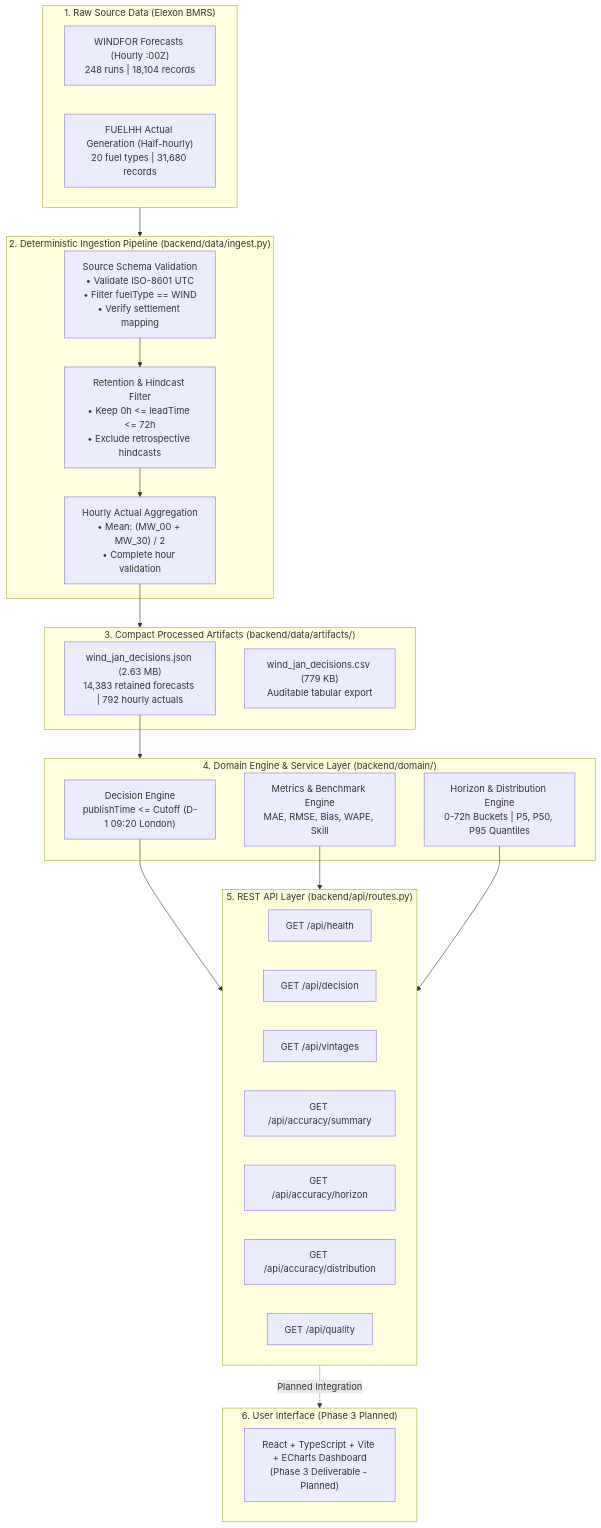
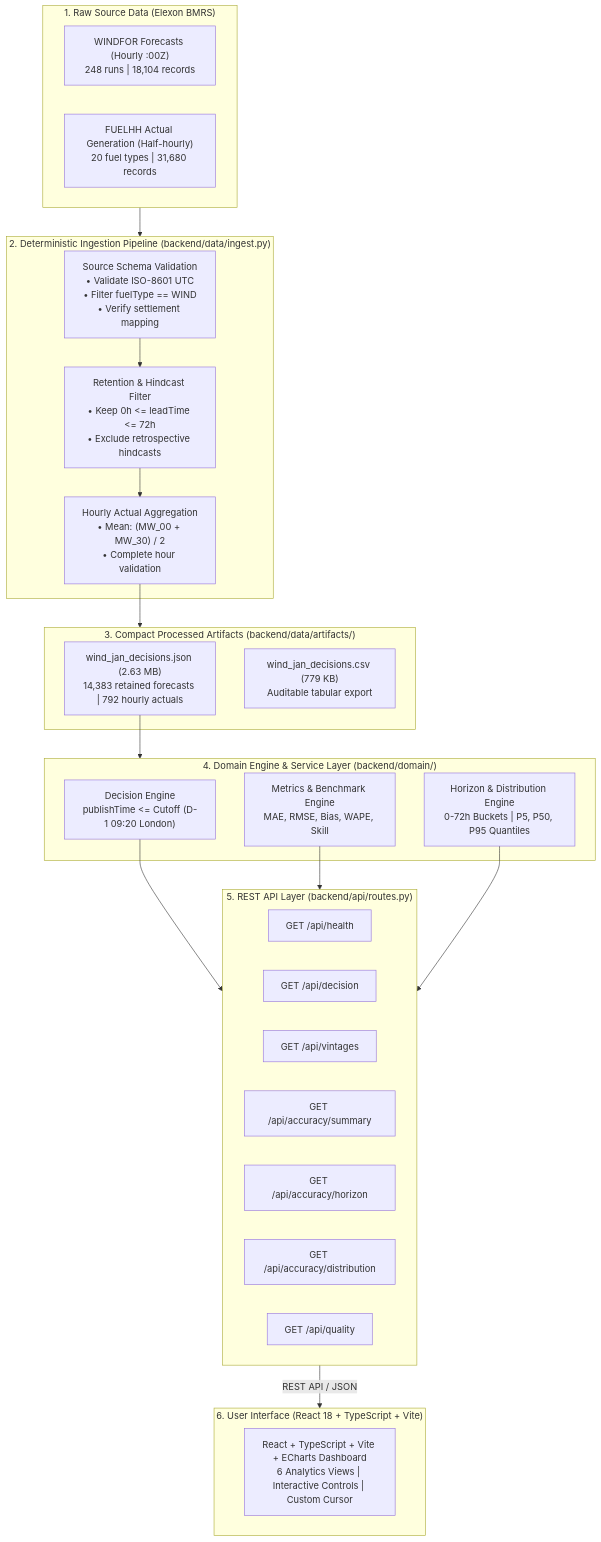
Before and after one commit to afwaansarfaraz/AH0329: the diagram in README.md, drawn with Mermaid. The commit also changed other lines of this file and 11 other files, not shown here.

````diff
--- a/README.md
+++ b/README.md
@@ -92,47 +92,47 @@
 ```mermaid
 flowchart TD
     subgraph S1["1. Raw Source Data (Elexon BMRS)"]
         W["WINDFOR Forecasts (Hourly :00Z)<br/>248 runs | 18,104 records"]
         F["FUELHH Actual Generation (Half-hourly)<br/>20 fuel types | 31,680 records"]
     end
 
     subgraph S2["2. Deterministic Ingestion Pipeline (backend/data/ingest.py)"]
         V["Source Schema Validation<br/>• Validate ISO-8601 UTC<br/>• Filter fuelType == WIND<br/>• Verify settlement mapping"]
         R["Retention & Hindcast Filter<br/>• Keep 0h <= leadTime <= 72h<br/>• Exclude retrospective hindcasts"]
         A["Hourly Actual Aggregation<br/>• Mean: (MW_00 + MW_30) / 2<br/>• Complete hour validation"]
     end
 
     subgraph S3["3. Compact Processed Artifacts (backend/data/artifacts/)"]
         J["wind_jan_decisions.json (2.63 MB)<br/>14,383 retained forecasts | 792 hourly actuals"]
         C["wind_jan_decisions.csv (779 KB)<br/>Auditable tabular export"]
     end
 
     subgraph S4["4. Domain Engine & Service Layer (backend/domain/)"]
         D["Decision Engine<br/>publishTime <= Cutoff (D-1 09:20 London)"]
         M["Metrics & Benchmark Engine<br/>MAE, RMSE, Bias, WAPE, Skill"]
         H["Horizon & Distribution Engine<br/>0-72h Buckets | P5, P50, P95 Quantiles"]
     end
 
     subgraph S5["5. REST API Layer (backend/api/routes.py)"]
         EP1["GET /api/health"]
         EP2["GET /api/decision"]
         EP3["GET /api/vintages"]
         EP4["GET /api/accuracy/summary"]
         EP5["GET /api/accuracy/horizon"]
         EP6["GET /api/accuracy/distribution"]
         EP7["GET /api/quality"]
     end
 
-    subgraph S6["6. User Interface (Phase 3 Planned)"]
-        UI["React + TypeScript + Vite + ECharts Dashboard<br/>(Phase 3 Deliverable - Planned)"]
+    subgraph S6["6. User Interface (React 18 + TypeScript + Vite)"]
+        UI["React + TypeScript + Vite + ECharts Dashboard<br/>6 Analytics Views | Interactive Controls | Custom Cursor"]
     end
 
     S1 --> S2
     V --> R --> A
     A --> S3
     J --> S4
     D --> S5
     M --> S5
     H --> S5
-    S5 -.->|Planned Integration| S6
+    S5 -->|REST API / JSON| S6
 ```
````
